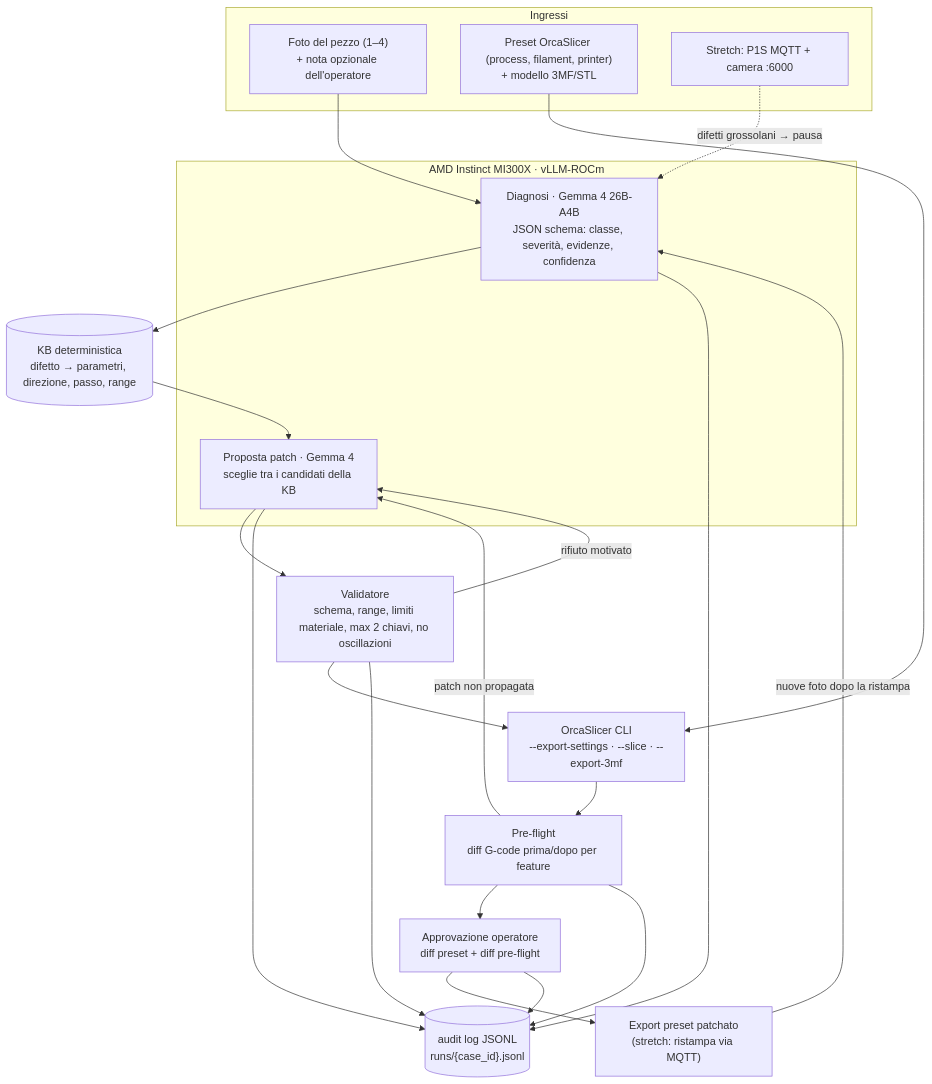
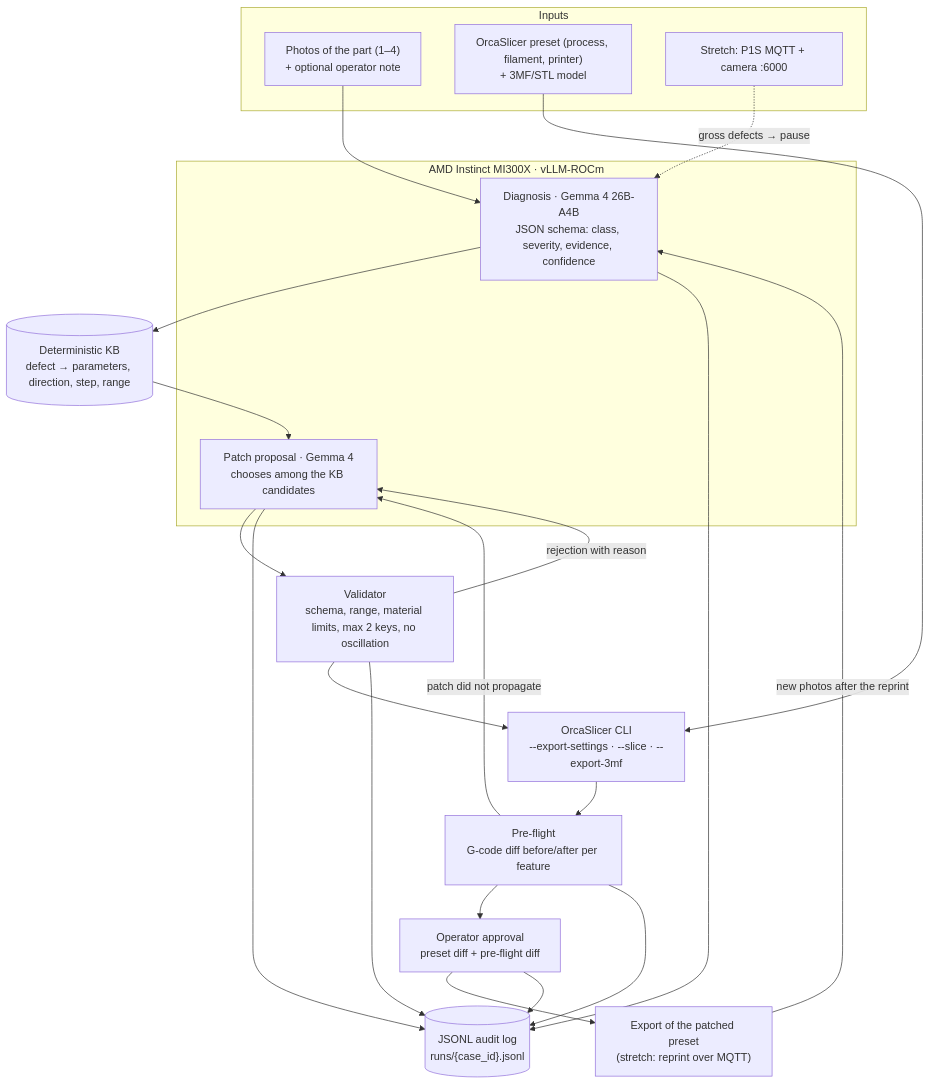
Before and after one commit to D3M1S22/printloop: the diagram in docs/printloop/03_ARCHITECTURE.md, drawn with Mermaid. The commit also changed other lines of this file and 83 other files, not shown here.

First line of the commit message:
feat: enhance CasePage with reprint confirmation and improved UI

````diff
--- a/docs/printloop/03_ARCHITECTURE.md
+++ b/docs/printloop/03_ARCHITECTURE.md
@@ -11,30 +11,30 @@
 ```mermaid
 flowchart TD
-    subgraph In["Ingressi"]
-        Photos["Foto del pezzo (1–4)<br/>+ nota opzionale dell'operatore"]
-        Preset["Preset OrcaSlicer (process, filament, printer)<br/>+ modello 3MF/STL"]
+    subgraph In["Inputs"]
+        Photos["Photos of the part (1–4)<br/>+ optional operator note"]
+        Preset["OrcaSlicer preset (process, filament, printer)<br/>+ 3MF/STL model"]
         Live["Stretch: P1S MQTT + camera :6000"]
     end
 
     subgraph AMD["AMD Instinct MI300X · vLLM-ROCm"]
-        Diag["Diagnosi · Gemma 4 26B-A4B<br/>JSON schema: classe, severità, evidenze, confidenza"]
-        Prop["Proposta patch · Gemma 4<br/>sceglie tra i candidati della KB"]
+        Diag["Diagnosis · Gemma 4 26B-A4B<br/>JSON schema: class, severity, evidence, confidence"]
+        Prop["Patch proposal · Gemma 4<br/>chooses among the KB candidates"]
     end
 
-    KB[("KB deterministica<br/>difetto → parametri, direzione, passo, range")]
-    Val["Validatore<br/>schema, range, limiti materiale, max 2 chiavi, no oscillazioni"]
+    KB[("Deterministic KB<br/>defect → parameters, direction, step, range")]
+    Val["Validator<br/>schema, range, material limits, max 2 keys, no oscillation"]
     Orca["OrcaSlicer CLI<br/>--export-settings · --slice · --export-3mf"]
-    PF["Pre-flight<br/>diff G-code prima/dopo per feature"]
-    HITL["Approvazione operatore<br/>diff preset + diff pre-flight"]
-    Out["Export preset patchato<br/>(stretch: ristampa via MQTT)"]
-    Audit[("audit log JSONL<br/>runs/{case_id}.jsonl")]
+    PF["Pre-flight<br/>G-code diff before/after per feature"]
+    HITL["Operator approval<br/>preset diff + pre-flight diff"]
+    Out["Export of the patched preset<br/>(stretch: reprint over MQTT)"]
+    Audit[("JSONL audit log<br/>runs/{case_id}.jsonl")]
 
     Photos --> Diag
-    Live -. "difetti grossolani → pausa" .-> Diag
+    Live -. "gross defects → pause" .-> Diag
     Preset --> Orca
     Diag --> KB --> Prop --> Val --> Orca --> PF --> HITL --> Out
-    Out -- "nuove foto dopo la ristampa" --> Diag
-    Val -- "rifiuto motivato" --> Prop
-    PF -- "patch non propagata" --> Prop
+    Out -- "new photos after the reprint" --> Diag
+    Val -- "rejection with reason" --> Prop
+    PF -- "patch did not propagate" --> Prop
     Diag & Prop & Val & PF & HITL --> Audit
 ```
````
